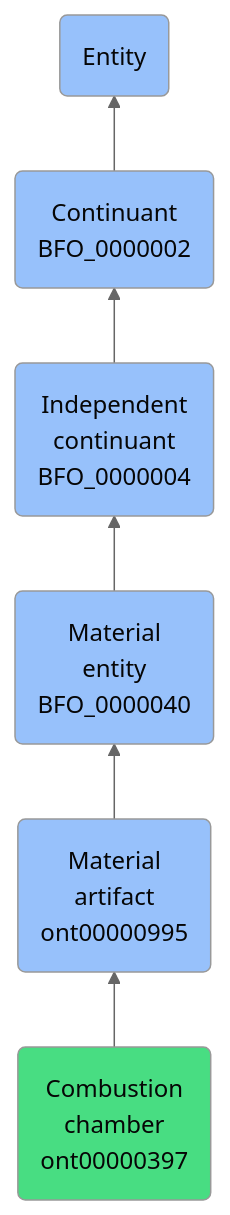
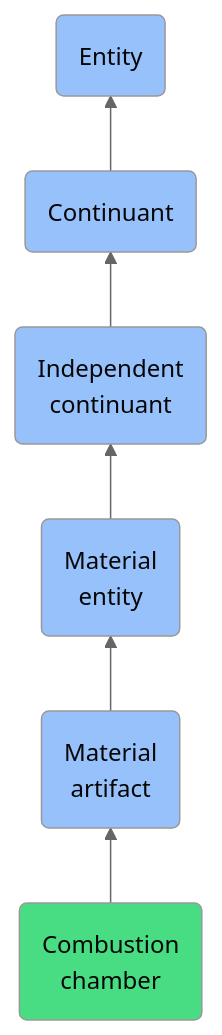
One commit to jupyter-naas/abi changed the diagram in docs/ontology/reference/model/Entity/Continuant/Independent continuant/Material entity/Material artifact/Combustion chamber/Combustion chamber.md. Above: the diagram before and after it, drawn with Mermaid (neutral theme). The commit also changed other lines of this file and 1430 other files, not shown here.

````diff
--- a/docs/ontology/reference/model/Entity/Continuant/Independent continuant/Material entity/Material artifact/Combustion chamber/Combustion chamber.md
+++ b/docs/ontology/reference/model/Entity/Continuant/Independent continuant/Material entity/Material artifact/Combustion chamber/Combustion chamber.md
@@ -26,13 +26,13 @@
 ```mermaid
 graph BT
-    ont00000397(Combustion<br>chamber<br>ont00000397):::ABI-->ont00000995
-    ont00000995(Material<br>artifact<br>ont00000995):::BFO-->BFO_0000040
-    BFO_0000040(Material<br>entity<br>BFO_0000040):::BFO-->BFO_0000004
-    BFO_0000004(Independent<br>continuant<br>BFO_0000004):::BFO-->BFO_0000002
-    BFO_0000002(Continuant<br>BFO_0000002):::BFO-->BFO_0000001
+    ont00000397(Combustion<br>chamber):::ABI-->ont00000995
+    ont00000995(Material<br>artifact):::BFO-->BFO_0000040
+    BFO_0000040(Material<br>entity):::BFO-->BFO_0000004
+    BFO_0000004(Independent<br>continuant):::BFO-->BFO_0000002
+    BFO_0000002(Continuant):::BFO-->BFO_0000001
     BFO_0000001(Entity):::BFO
     
     classDef BFO fill:#97c1fb,color:#060606
     classDef CCO fill:#e4c51e,color:#060606
     classDef ABI fill:#48DD82,color:#060606
 ```
````
